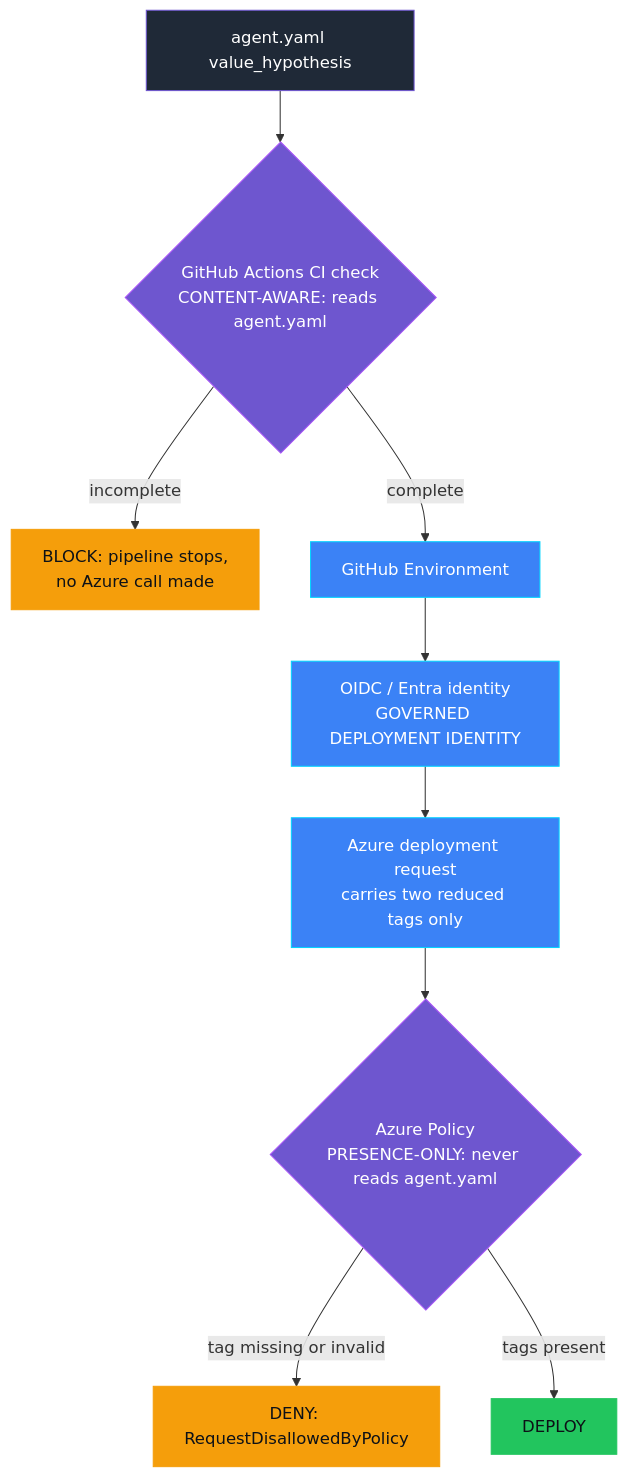
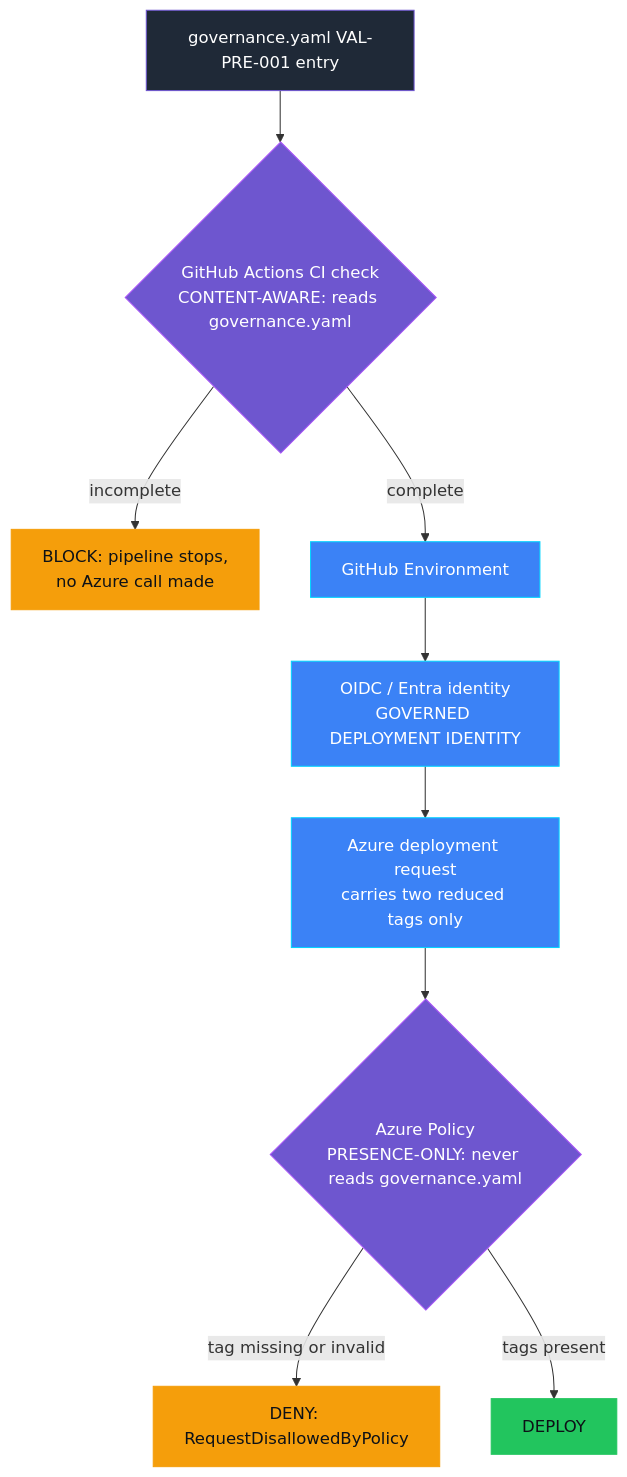
One commit to doruit/forged-with-foundry changed the diagram in controls/value_adoption_and_finops/VAL-PRE-001_value_hypothesis_missing/README.md. Above: the diagram before and after it, drawn with Mermaid. The commit also changed other lines of this file and 50 other files, not shown here.

First line of the commit message:
feat: Add governance contract and evidence schemas for customer support agent

````diff
--- a/controls/value_adoption_and_finops/VAL-PRE-001_value_hypothesis_missing/README.md
+++ b/controls/value_adoption_and_finops/VAL-PRE-001_value_hypothesis_missing/README.md
@@ -117,22 +137,22 @@
 ```mermaid
 flowchart TB
-  Y[agent.yaml value_hypothesis] --> CI{"GitHub Actions CI check<br/>CONTENT-AWARE: reads agent.yaml"}
+  Y[governance.yaml VAL-PRE-001 entry] --> CI{"GitHub Actions CI check<br/>CONTENT-AWARE: reads governance.yaml"}
   CI -->|incomplete| BLOCK[BLOCK: pipeline stops,<br/>no Azure call made]
   CI -->|complete| ENVIRONMENT[GitHub Environment]
   ENVIRONMENT --> OIDC["OIDC / Entra identity<br/>GOVERNED DEPLOYMENT IDENTITY"]
   OIDC --> REQ[Azure deployment request<br/>carries two reduced tags only]
-  REQ --> POLICY{"Azure Policy<br/>PRESENCE-ONLY: never reads agent.yaml"}
+  REQ --> POLICY{"Azure Policy<br/>PRESENCE-ONLY: never reads governance.yaml"}
   POLICY -->|tag missing or invalid| DENY[DENY: RequestDisallowedByPolicy]
   POLICY -->|tags present| DEPLOY[DEPLOY]
 
   classDef governance fill:#6E56CF,stroke:#A855F7,color:#FFFFFF
   classDef platform fill:#3B82F6,stroke:#00D4FF,color:#FFFFFF
   classDef success fill:#22C55E,stroke:#22C55E,color:#0D1117
   classDef attention fill:#F59E0B,stroke:#F59E0B,color:#0D1117
   classDef neutral fill:#1F2937,stroke:#6E56CF,color:#FFFFFF
   class Y neutral
   class CI,POLICY governance
   class ENVIRONMENT,OIDC,REQ platform
   class BLOCK,DENY attention
   class DEPLOY success
 ```
````
